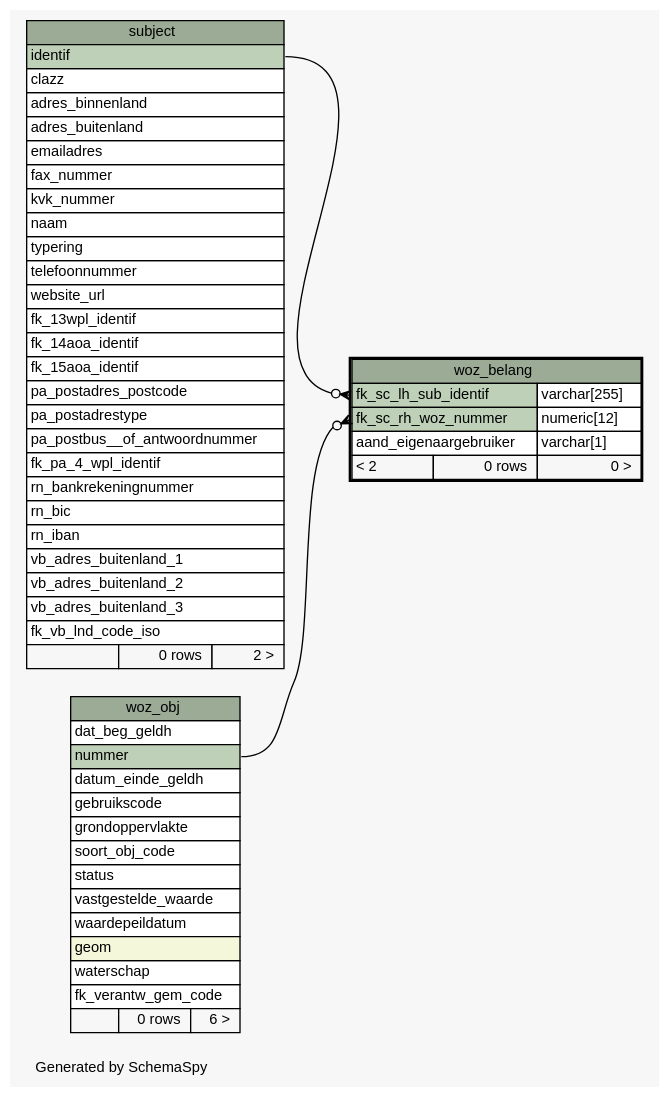
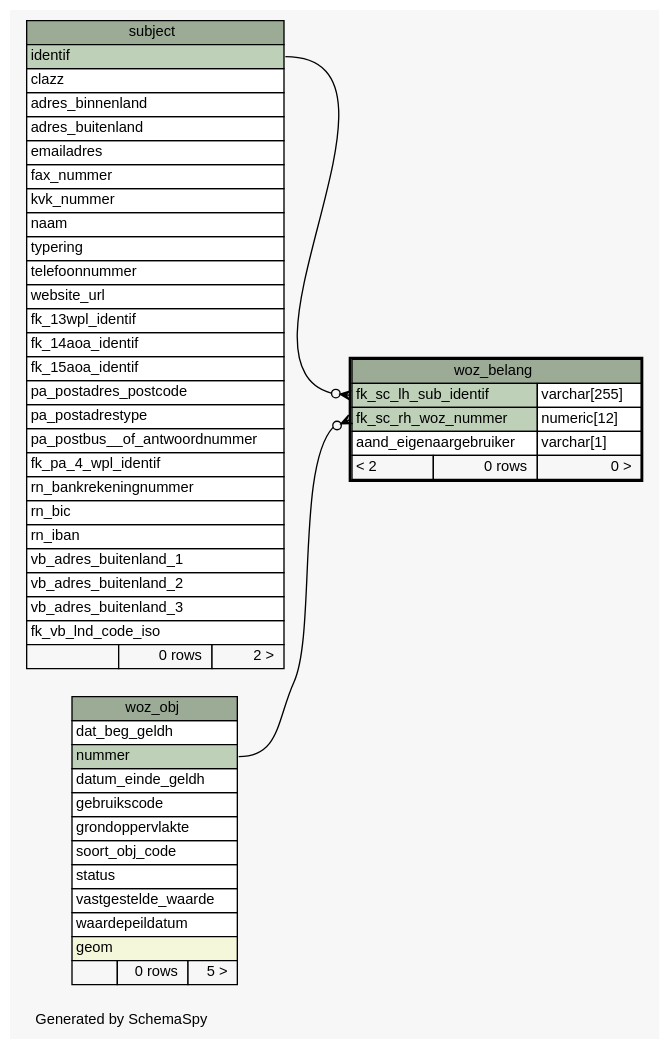
The diagram in datamodel/schemaspy/diagrams/woz_belang.1degree.dot (B3Partners/brmo), drawn with Graphviz before and after one commit. The commit also changed 7387 other files, not shown here.

```diff
--- a/datamodel/schemaspy/diagrams/woz_belang.1degree.dot
+++ b/datamodel/schemaspy/diagrams/woz_belang.1degree.dot
@@ -1,91 +1,89 @@
-// dot 2.43.0 on Linux 5.11.0-27-generic
+// dot 2.43.0 on Linux 5.13.0-28-generic
 // SchemaSpy rev Unknown
 digraph "oneDegreeRelationshipsDiagram" {
   graph [
     rankdir="RL"
     bgcolor="#f7f7f7"
     label="\nGenerated by SchemaSpy"
     labeljust="l"
     nodesep="0.18"
     ranksep="0.46"
     fontname="Helvetica"
     fontsize="11"
   ];
   node [
     fontname="Helvetica"
     fontsize="11"
     shape="plaintext"
   ];
   edge [
     arrowsize="0.8"
   ];
   "woz_belang":"fk_sc_lh_sub_identif":w -> "subject":"identif":e [arrowhead=none dir=back arrowtail=crowodot];
   "woz_belang":"fk_sc_rh_woz_nummer":w -> "woz_obj":"nummer":e [arrowhead=none dir=back arrowtail=crowodot];
   "subject" [
     label=<
     <TABLE BORDER="0" CELLBORDER="1" CELLSPACING="0" BGCOLOR="#ffffff">
       <TR><TD COLSPAN="3" BGCOLOR="#9bab96" ALIGN="CENTER">subject</TD></TR>
       <TR><TD PORT="identif" COLSPAN="3" BGCOLOR="#bed1b8" ALIGN="LEFT">identif</TD></TR>
       <TR><TD PORT="clazz" COLSPAN="3" ALIGN="LEFT">clazz</TD></TR>
       <TR><TD PORT="adres_binnenland" COLSPAN="3" ALIGN="LEFT">adres_binnenland</TD></TR>
       <TR><TD PORT="adres_buitenland" COLSPAN="3" ALIGN="LEFT">adres_buitenland</TD></TR>
       <TR><TD PORT="emailadres" COLSPAN="3" ALIGN="LEFT">emailadres</TD></TR>
       <TR><TD PORT="fax_nummer" COLSPAN="3" ALIGN="LEFT">fax_nummer</TD></TR>
       <TR><TD PORT="kvk_nummer" COLSPAN="3" ALIGN="LEFT">kvk_nummer</TD></TR>
       <TR><TD PORT="naam" COLSPAN="3" ALIGN="LEFT">naam</TD></TR>
       <TR><TD PORT="typering" COLSPAN="3" ALIGN="LEFT">typering</TD></TR>
       <TR><TD PORT="telefoonnummer" COLSPAN="3" ALIGN="LEFT">telefoonnummer</TD></TR>
       <TR><TD PORT="website_url" COLSPAN="3" ALIGN="LEFT">website_url</TD></TR>
       <TR><TD PORT="fk_13wpl_identif" COLSPAN="3" ALIGN="LEFT">fk_13wpl_identif</TD></TR>
       <TR><TD PORT="fk_14aoa_identif" COLSPAN="3" ALIGN="LEFT">fk_14aoa_identif</TD></TR>
       <TR><TD PORT="fk_15aoa_identif" COLSPAN="3" ALIGN="LEFT">fk_15aoa_identif</TD></TR>
       <TR><TD PORT="pa_postadres_postcode" COLSPAN="3" ALIGN="LEFT">pa_postadres_postcode</TD></TR>
       <TR><TD PORT="pa_postadrestype" COLSPAN="3" ALIGN="LEFT">pa_postadrestype</TD></TR>
       <TR><TD PORT="pa_postbus__of_antwoordnummer" COLSPAN="3" ALIGN="LEFT">pa_postbus__of_antwoordnummer</TD></TR>
       <TR><TD PORT="fk_pa_4_wpl_identif" COLSPAN="3" ALIGN="LEFT">fk_pa_4_wpl_identif</TD></TR>
       <TR><TD PORT="rn_bankrekeningnummer" COLSPAN="3" ALIGN="LEFT">rn_bankrekeningnummer</TD></TR>
       <TR><TD PORT="rn_bic" COLSPAN="3" ALIGN="LEFT">rn_bic</TD></TR>
       <TR><TD PORT="rn_iban" COLSPAN="3" ALIGN="LEFT">rn_iban</TD></TR>
       <TR><TD PORT="vb_adres_buitenland_1" COLSPAN="3" ALIGN="LEFT">vb_adres_buitenland_1</TD></TR>
       <TR><TD PORT="vb_adres_buitenland_2" COLSPAN="3" ALIGN="LEFT">vb_adres_buitenland_2</TD></TR>
       <TR><TD PORT="vb_adres_buitenland_3" COLSPAN="3" ALIGN="LEFT">vb_adres_buitenland_3</TD></TR>
       <TR><TD PORT="fk_vb_lnd_code_iso" COLSPAN="3" ALIGN="LEFT">fk_vb_lnd_code_iso</TD></TR>
       <TR><TD ALIGN="LEFT" BGCOLOR="#f7f7f7">  </TD><TD ALIGN="RIGHT" BGCOLOR="#f7f7f7">0 rows</TD><TD ALIGN="RIGHT" BGCOLOR="#f7f7f7">2 &gt;</TD></TR>
     </TABLE>>
     URL="subject.html"
     tooltip="subject"
   ];
   "woz_belang" [
     label=<
     <TABLE BORDER="2" CELLBORDER="1" CELLSPACING="0" BGCOLOR="#ffffff">
       <TR><TD COLSPAN="3" BGCOLOR="#9bab96" ALIGN="CENTER">woz_belang</TD></TR>
       <TR><TD PORT="fk_sc_lh_sub_identif" COLSPAN="2" BGCOLOR="#bed1b8" ALIGN="LEFT">fk_sc_lh_sub_identif</TD><TD PORT="fk_sc_lh_sub_identif.type" ALIGN="LEFT">varchar[255]</TD></TR>
       <TR><TD PORT="fk_sc_rh_woz_nummer" COLSPAN="2" BGCOLOR="#bed1b8" ALIGN="LEFT">fk_sc_rh_woz_nummer</TD><TD PORT="fk_sc_rh_woz_nummer.type" ALIGN="LEFT">numeric[12]</TD></TR>
       <TR><TD PORT="aand_eigenaargebruiker" COLSPAN="2" ALIGN="LEFT">aand_eigenaargebruiker</TD><TD PORT="aand_eigenaargebruiker.type" ALIGN="LEFT">varchar[1]</TD></TR>
       <TR><TD ALIGN="LEFT" BGCOLOR="#f7f7f7">&lt; 2</TD><TD ALIGN="RIGHT" BGCOLOR="#f7f7f7">0 rows</TD><TD ALIGN="RIGHT" BGCOLOR="#f7f7f7">0 &gt;</TD></TR>
     </TABLE>>
     URL="woz_belang.html"
     tooltip="woz_belang"
   ];
   "woz_obj" [
     label=<
     <TABLE BORDER="0" CELLBORDER="1" CELLSPACING="0" BGCOLOR="#ffffff">
       <TR><TD COLSPAN="3" BGCOLOR="#9bab96" ALIGN="CENTER">woz_obj</TD></TR>
       <TR><TD PORT="dat_beg_geldh" COLSPAN="3" ALIGN="LEFT">dat_beg_geldh</TD></TR>
       <TR><TD PORT="nummer" COLSPAN="3" BGCOLOR="#bed1b8" ALIGN="LEFT">nummer</TD></TR>
       <TR><TD PORT="datum_einde_geldh" COLSPAN="3" ALIGN="LEFT">datum_einde_geldh</TD></TR>
       <TR><TD PORT="gebruikscode" COLSPAN="3" ALIGN="LEFT">gebruikscode</TD></TR>
       <TR><TD PORT="grondoppervlakte" COLSPAN="3" ALIGN="LEFT">grondoppervlakte</TD></TR>
       <TR><TD PORT="soort_obj_code" COLSPAN="3" ALIGN="LEFT">soort_obj_code</TD></TR>
       <TR><TD PORT="status" COLSPAN="3" ALIGN="LEFT">status</TD></TR>
       <TR><TD PORT="vastgestelde_waarde" COLSPAN="3" ALIGN="LEFT">vastgestelde_waarde</TD></TR>
       <TR><TD PORT="waardepeildatum" COLSPAN="3" ALIGN="LEFT">waardepeildatum</TD></TR>
       <TR><TD PORT="geom" COLSPAN="3" BGCOLOR="#f4f7da" ALIGN="LEFT">geom</TD></TR>
-      <TR><TD PORT="waterschap" COLSPAN="3" ALIGN="LEFT">waterschap</TD></TR>
-      <TR><TD PORT="fk_verantw_gem_code" COLSPAN="3" ALIGN="LEFT">fk_verantw_gem_code</TD></TR>
-      <TR><TD ALIGN="LEFT" BGCOLOR="#f7f7f7">  </TD><TD ALIGN="RIGHT" BGCOLOR="#f7f7f7">0 rows</TD><TD ALIGN="RIGHT" BGCOLOR="#f7f7f7">6 &gt;</TD></TR>
+      <TR><TD ALIGN="LEFT" BGCOLOR="#f7f7f7">  </TD><TD ALIGN="RIGHT" BGCOLOR="#f7f7f7">0 rows</TD><TD ALIGN="RIGHT" BGCOLOR="#f7f7f7">5 &gt;</TD></TR>
     </TABLE>>
     URL="woz_obj.html"
     tooltip="woz_obj"
   ];
 }
```
